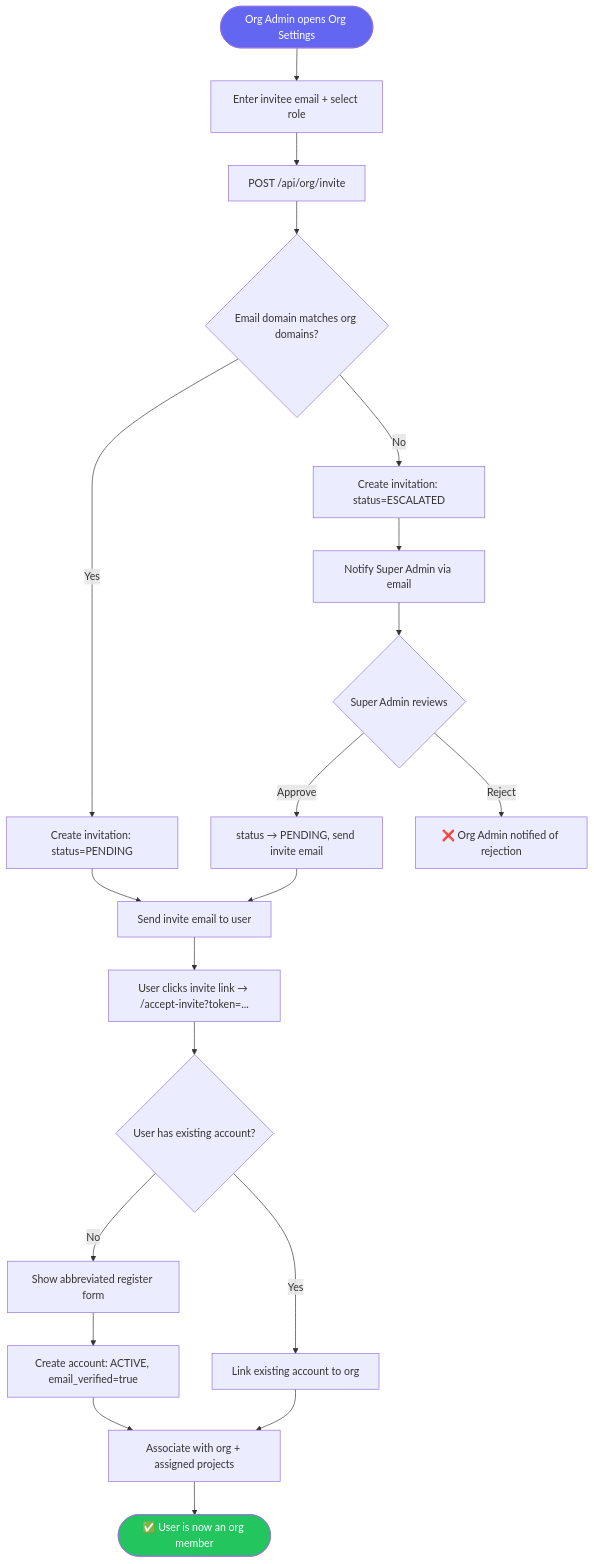
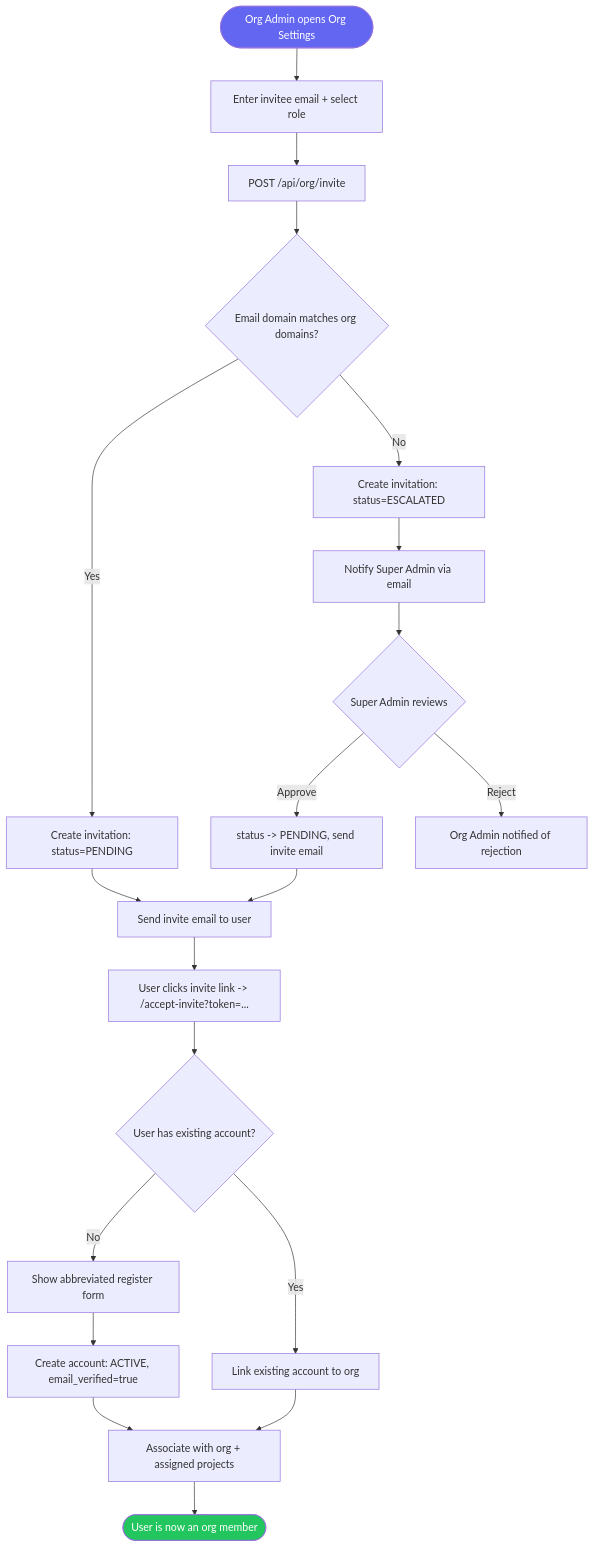
Before and after one commit to navneetprabhakar/executespec: diagram 11 of 36 in docs/WORKFLOWS.md, drawn with Mermaid. The commit also changed other lines of this file and 47 other files, not shown here.

````diff
--- a/docs/WORKFLOWS.md
+++ b/docs/WORKFLOWS.md
@@ -223,26 +360,26 @@
 ```mermaid
 flowchart TD
     A([Org Admin opens Org Settings]) --> B[Enter invitee email + select role]
     B --> C[POST /api/org/invite]
     C --> D{Email domain matches org domains?}
     D -->|Yes| E[Create invitation: status=PENDING]
     D -->|No| F[Create invitation: status=ESCALATED]
     F --> G[Notify Super Admin via email]
     G --> H{Super Admin reviews}
-    H -->|Approve| I[status → PENDING, send invite email]
-    H -->|Reject| J[❌ Org Admin notified of rejection]
+    H -->|Approve| I[status -> PENDING, send invite email]
+    H -->|Reject| J[Org Admin notified of rejection]
     E --> K[Send invite email to user]
     I --> K
-    K --> L[User clicks invite link → /accept-invite?token=...]
+    K --> L[User clicks invite link -> /accept-invite?token=...]
 
     L --> M{User has existing account?}
     M -->|Yes| N[Link existing account to org]
     M -->|No| O[Show abbreviated register form]
     O --> P[Create account: ACTIVE, email_verified=true]
     P --> Q[Associate with org + assigned projects]
     N --> Q
-    Q --> R([✅ User is now an org member])
+    Q --> R([User is now an org member])
 
     style A fill:#6366f1,color:#fff
     style R fill:#22c55e,color:#fff
 ```
````
